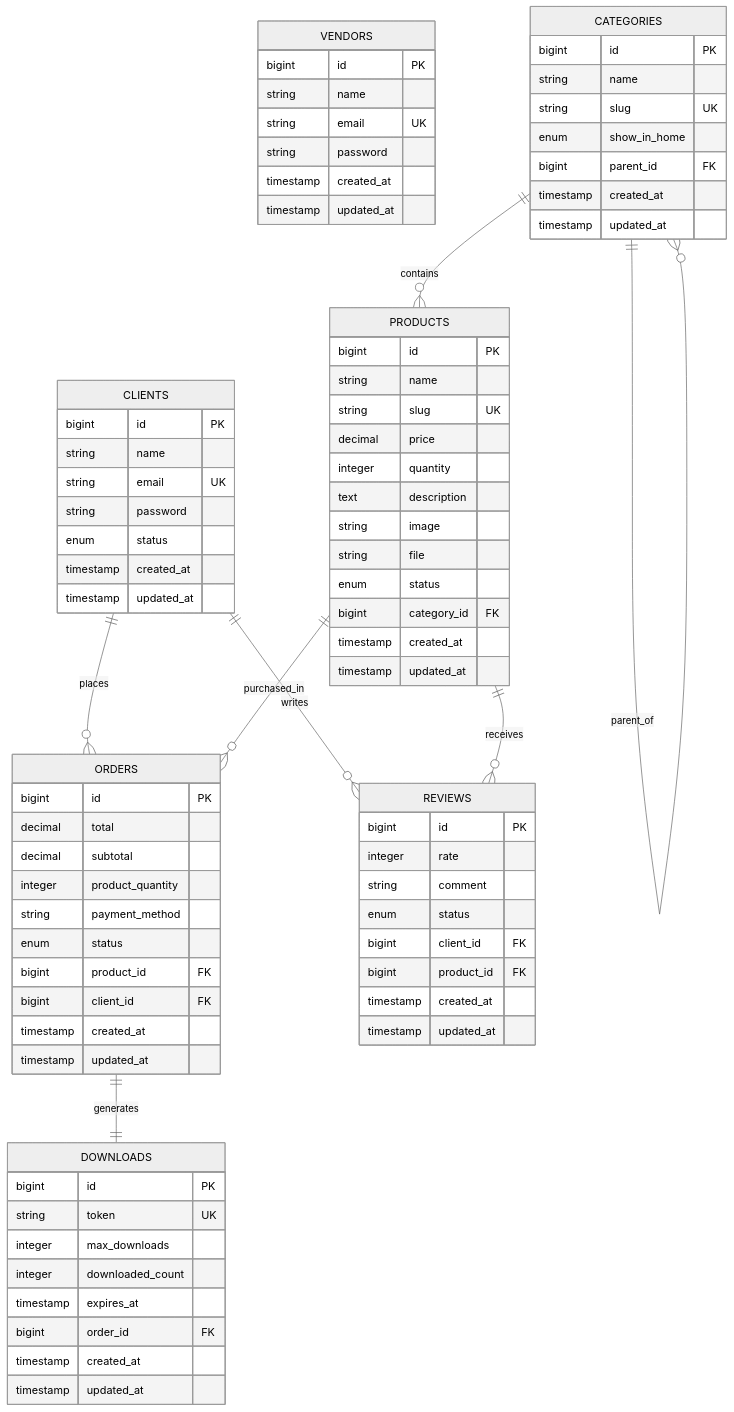
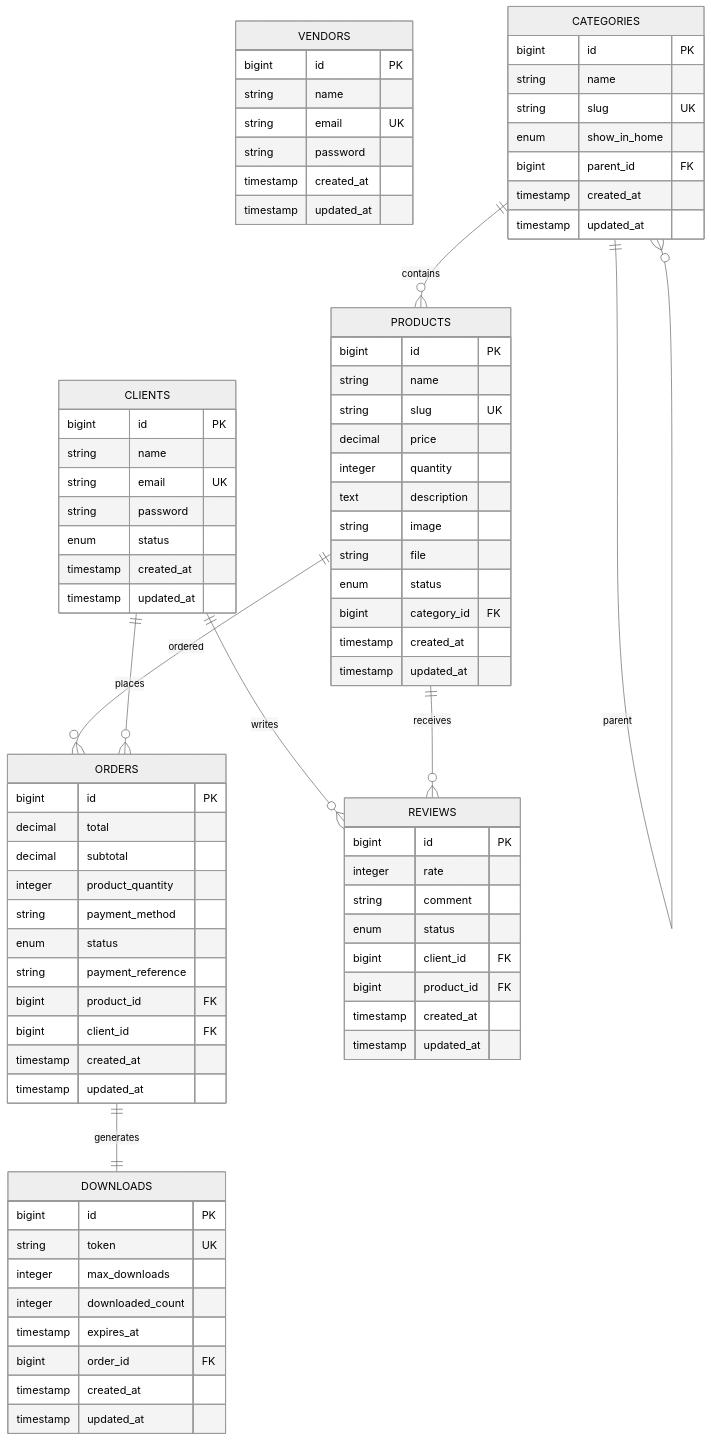
The diagram in README.md (rayan-rtx/repo-for-testing), drawn with Mermaid (neutral theme) before and after one commit.

````diff
--- a/README.md
+++ b/README.md
@@ -61,6 +63,7 @@
         integer product_quantity
         string payment_method
         enum status
+        string payment_reference
         bigint product_id FK
         bigint client_id FK
         timestamp created_at
@@ -89,19 +92,11 @@
         timestamp updated_at
     }
 
-    %% Relationships
-
+    CATEGORIES ||--o{ CATEGORIES : "parent"
     CATEGORIES ||--o{ PRODUCTS : contains
-
-    CATEGORIES ||--o{ CATEGORIES : parent_of
-
+    PRODUCTS ||--o{ ORDERS : ordered
     CLIENTS ||--o{ ORDERS : places
-
-    PRODUCTS ||--o{ ORDERS : purchased_in
-
     ORDERS ||--|| DOWNLOADS : generates
-
     CLIENTS ||--o{ REVIEWS : writes
-
     PRODUCTS ||--o{ REVIEWS : receives
 ```
````
